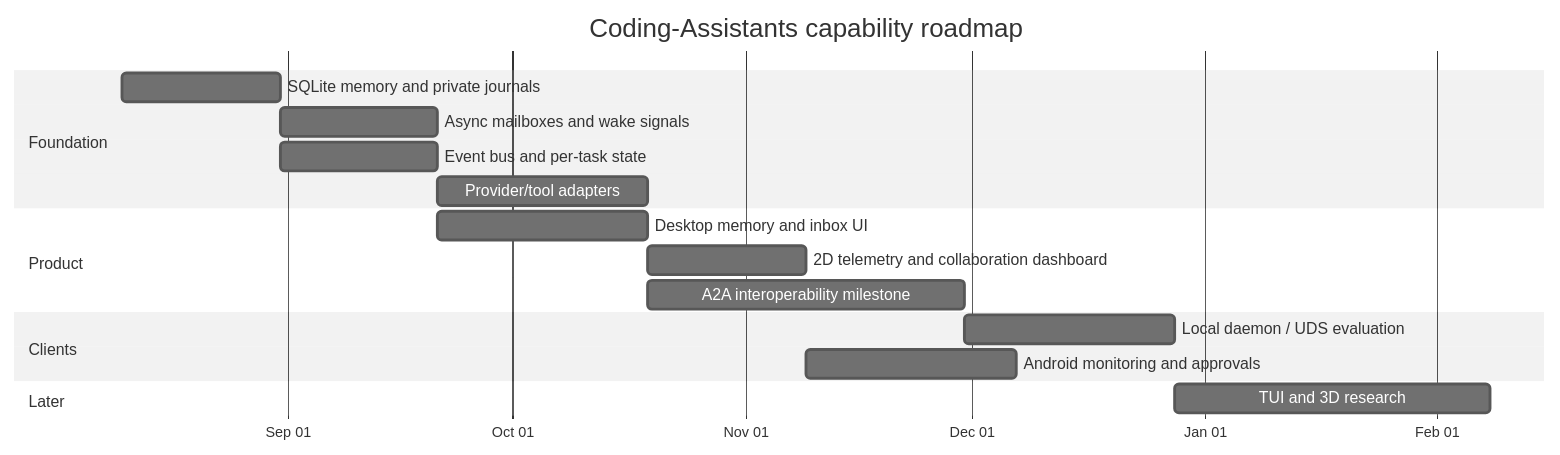
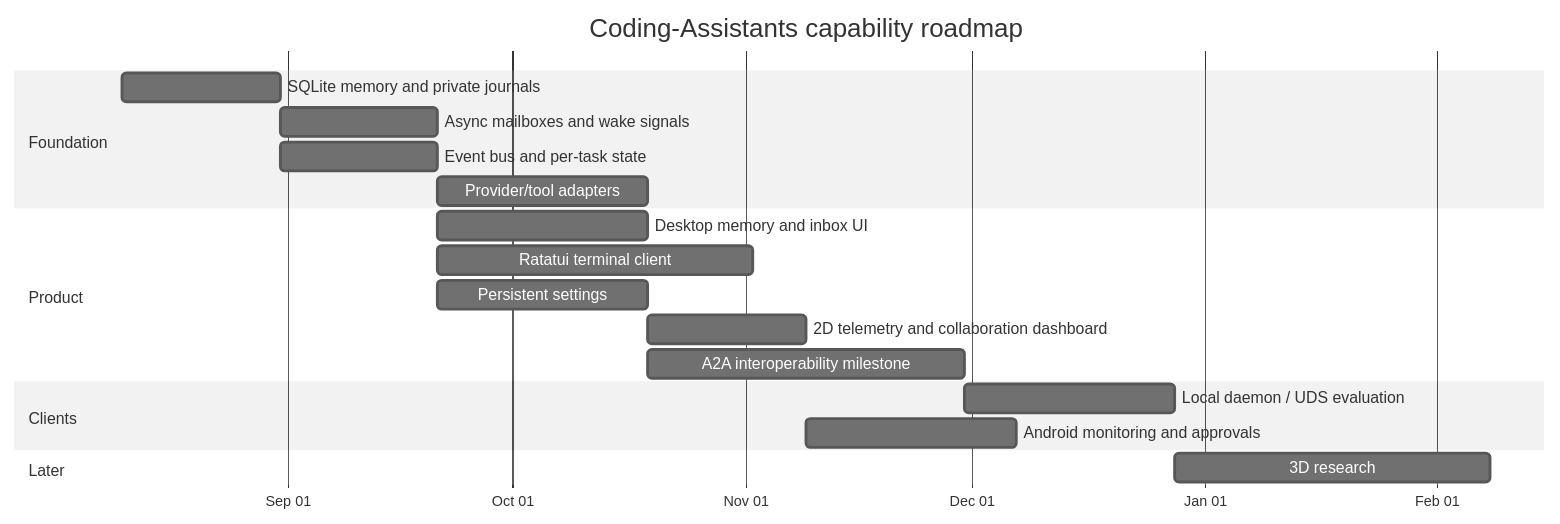
One commit to ACFHarbinger/Coding-Assistants changed the diagram in docs/moon/ROADMAP.md. Above: the diagram before and after it, drawn with Mermaid (neutral theme). The commit also changed other lines of this file and 3 other files, not shown here.

Commit message:
docs(ui): finalize Ratatui TUI roadmap

````diff
--- a/docs/moon/ROADMAP.md
+++ b/docs/moon/ROADMAP.md
@@ -23,20 +23,22 @@
 ```mermaid
 gantt
     title Coding-Assistants capability roadmap
     dateFormat  YYYY-MM-DD
     axisFormat  %b %d
     section Foundation
     SQLite memory and private journals       :memory, 2026-08-10, 21d
     Async mailboxes and wake signals         :coord, after memory, 21d
     Event bus and per-task state              :platform, after memory, 21d
     Provider/tool adapters                    :providers, after coord, 28d
     section Product
     Desktop memory and inbox UI               :ui, after coord, 28d
+    Ratatui terminal client                   :tui, after coord, 42d
+    Persistent settings                       :settings, after platform, 28d
     2D telemetry and collaboration dashboard  :dash, after ui, 21d
     A2A interoperability milestone            :a2a, after providers, 42d
     section Clients
     Local daemon / UDS evaluation             :daemon, after a2a, 28d
     Android monitoring and approvals          :android, after dash, 28d
     section Later
-    TUI and 3D research                       :later, after daemon, 42d
+    3D research                               :later, after daemon, 42d
 ```
````
